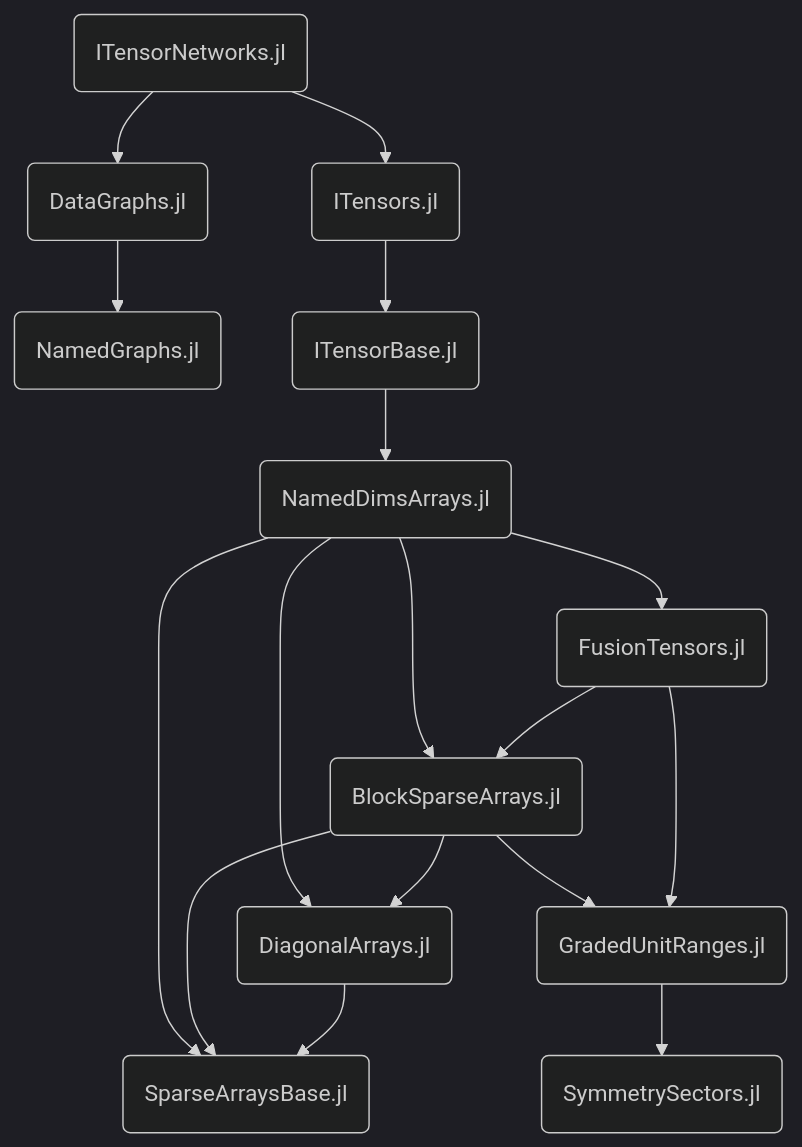
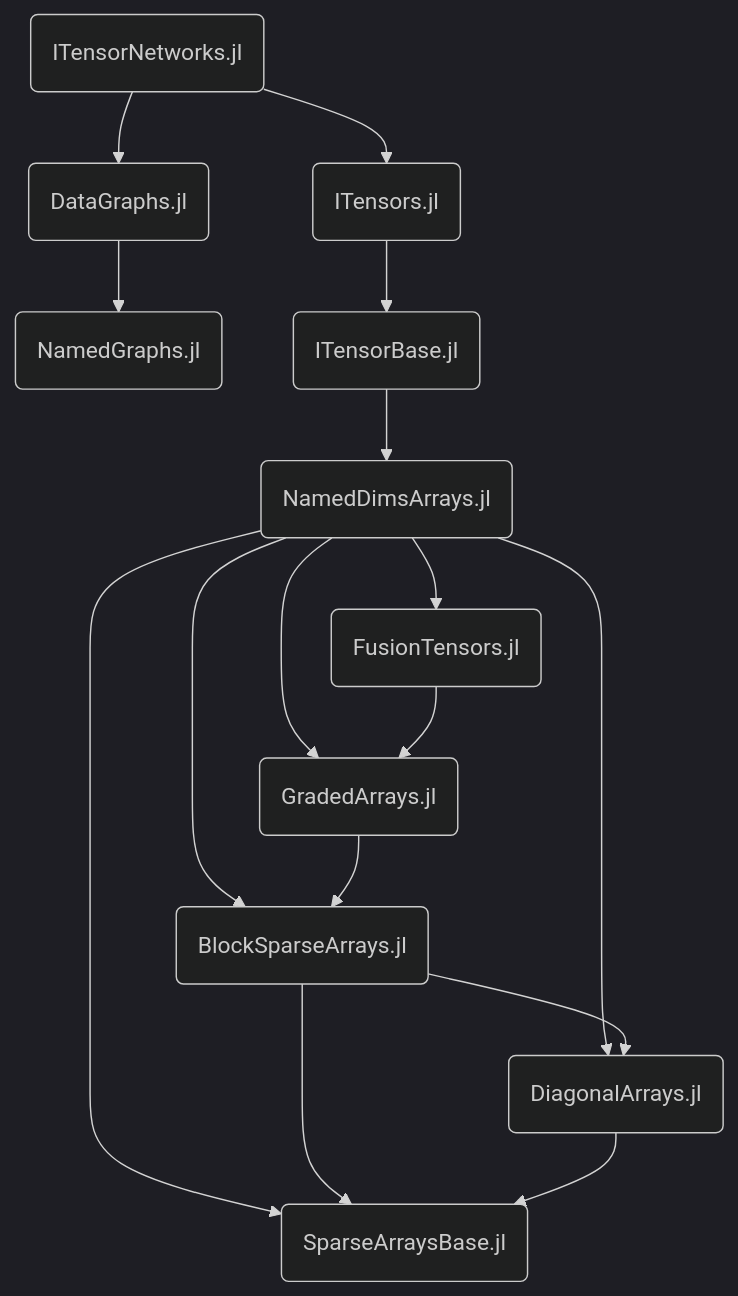
The diagram in docs/src/ecosystem_overview.md (ITensor/ITensorDocsNext), drawn with Mermaid (dark theme) before and after one commit. The commit also changed 1 other file, not shown here.

Commit message:
Adapt for GradedArrays (#4)

````diff
--- a/docs/src/ecosystem_overview.md
+++ b/docs/src/ecosystem_overview.md
@@ -3,19 +3,18 @@
 ```mermaid
 graph TD
     ITensorNetworks(ITensorNetworks.jl) --> ITensors(ITensors.jl)
     ITensorNetworks --> DataGraphs(DataGraphs.jl)
     DataGraphs --> NamedGraphs(NamedGraphs.jl)
     ITensors --> ITensorBase(ITensorBase.jl)
     ITensorBase --> NamedDimsArrays(NamedDimsArrays.jl)
     NamedDimsArrays --> SparseArraysBase(SparseArraysBase.jl)
     NamedDimsArrays --> DiagonalArrays(DiagonalArrays.jl)
     NamedDimsArrays --> BlockSparseArrays(BlockSparseArrays.jl)
+    NamedDimsArrays --> GradedArrays(GradedArrays.jl)
     NamedDimsArrays --> FusionTensors(FusionTensors.jl)
+    FusionTensors --> GradedArrays
+    GradedArrays --> BlockSparseArrays
     BlockSparseArrays --> SparseArraysBase
     BlockSparseArrays --> DiagonalArrays
-    BlockSparseArrays --> GradedUnitRanges(GradedUnitRanges.jl)
     DiagonalArrays --> SparseArraysBase
-    FusionTensors --> BlockSparseArrays
-    FusionTensors --> GradedUnitRanges
-    GradedUnitRanges --> SymmetrySectors(SymmetrySectors.jl)
 ```
````
